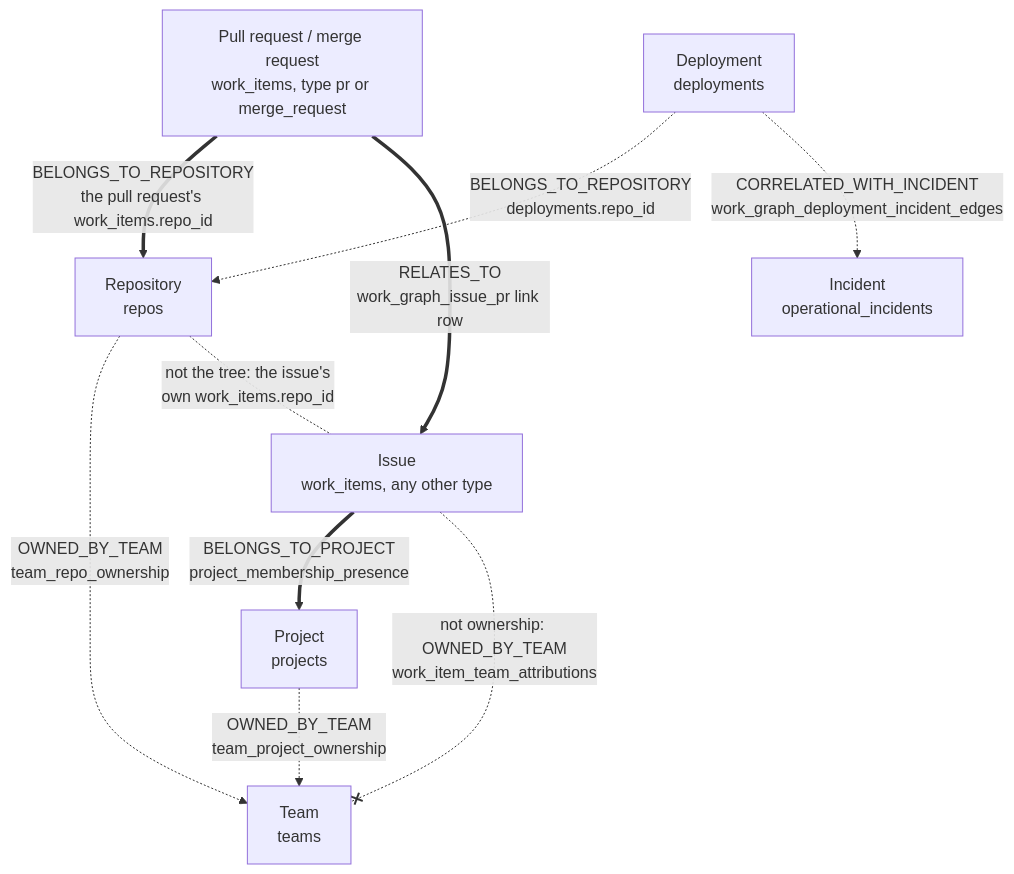
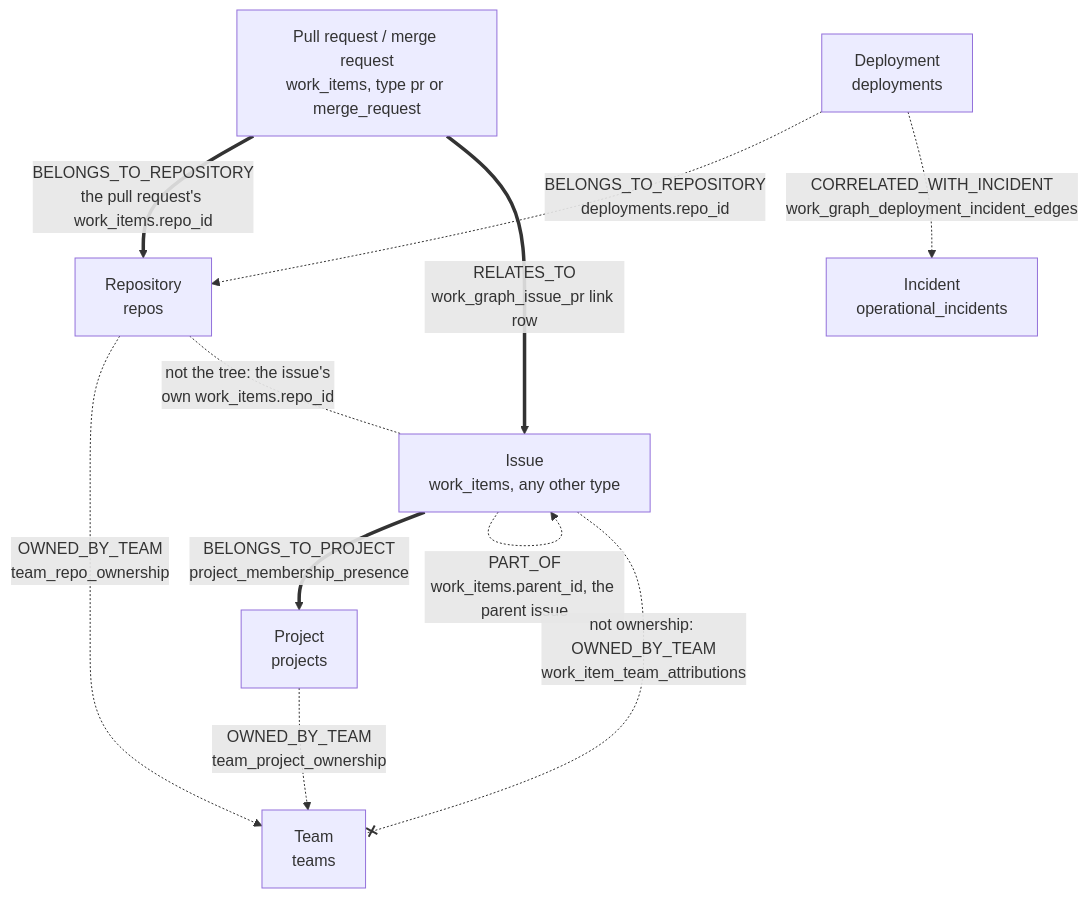
The second of 3 diagrams in docs/contribute/architecture/data-and-storage.md (full-chaos/dev-health-ops), drawn with Mermaid before and after one commit. The commit also changed other lines of this file, not shown here.

Commit message:
docs(architecture): CHAOS-9795 add the PART_OF parent-issue edge and its key rule to the entity tree (#4203)

````diff
--- a/docs/contribute/architecture/data-and-storage.md
+++ b/docs/contribute/architecture/data-and-storage.md
@@ -381,20 +381,21 @@
 ```mermaid
 flowchart TB
     REPO["Repository<br/>repos"]
     PR["Pull request / merge request<br/>work_items, type pr or merge_request"]
     ISSUE["Issue<br/>work_items, any other type"]
     PROJ["Project<br/>projects"]
     TEAM["Team<br/>teams"]
     DEP["Deployment<br/>deployments"]
     INC["Incident<br/>operational_incidents"]
 
     PR ==>|"BELONGS_TO_REPOSITORY<br/>the pull request's work_items.repo_id"| REPO
     PR ==>|"RELATES_TO<br/>work_graph_issue_pr link row"| ISSUE
     ISSUE ==>|"BELONGS_TO_PROJECT<br/>project_membership_presence"| PROJ
     REPO -.->|"OWNED_BY_TEAM<br/>team_repo_ownership"| TEAM
     PROJ -.->|"OWNED_BY_TEAM<br/>team_project_ownership"| TEAM
     DEP -.->|"BELONGS_TO_REPOSITORY<br/>deployments.repo_id"| REPO
     DEP -.->|"CORRELATED_WITH_INCIDENT<br/>work_graph_deployment_incident_edges"| INC
+    ISSUE -.->|"PART_OF<br/>work_items.parent_id, the parent issue"| ISSUE
     REPO x-.-|"not the tree: the issue's<br/>own work_items.repo_id"| ISSUE
     ISSUE -.-x|"not ownership: OWNED_BY_TEAM<br/>work_item_team_attributions"| TEAM
 ```
````
